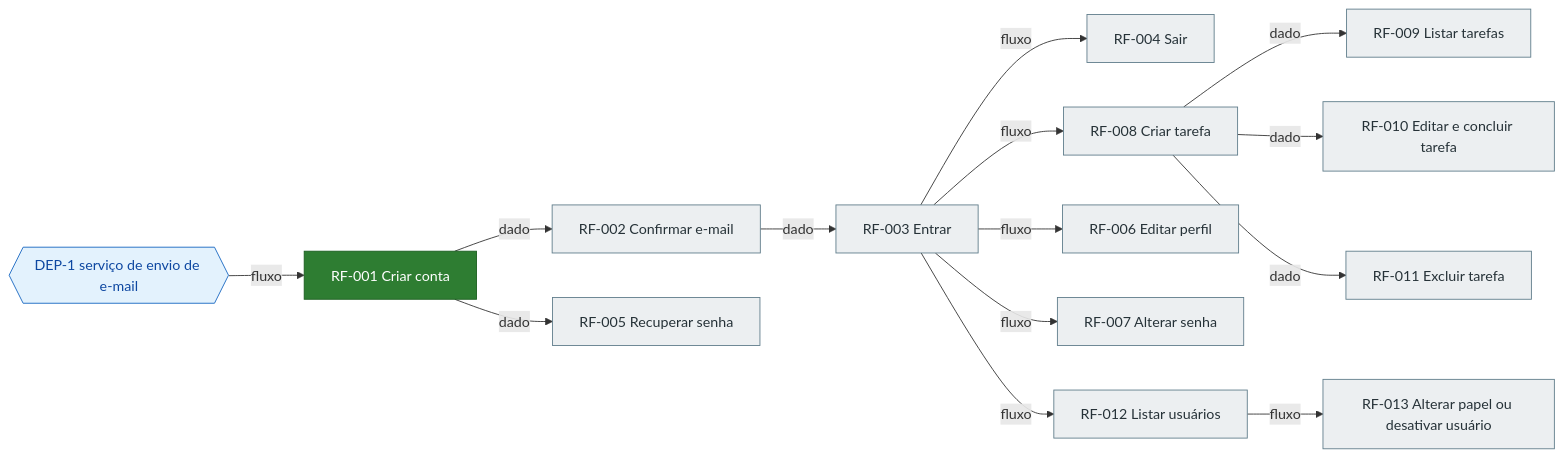
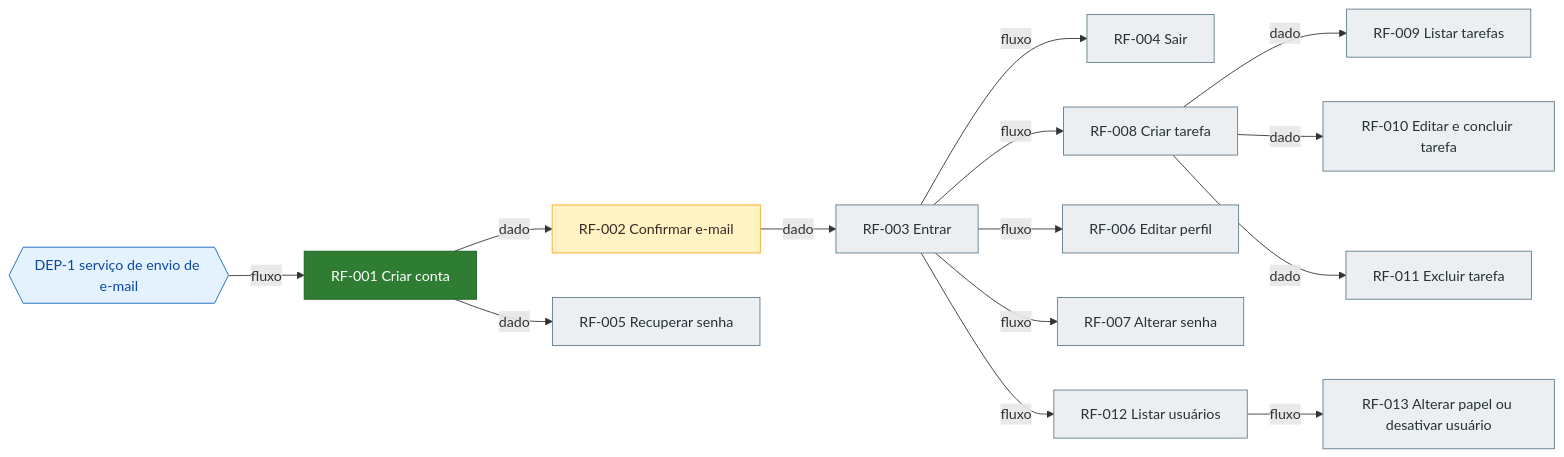
Before and after one commit to maiconsouza89/ai-template-harness-nestj-react-monorepo: the diagram in docs/product/roadmap.md, drawn with Mermaid. The commit also changed other lines of this file and 3 other files, not shown here.

````diff
--- a/docs/product/roadmap.md
+++ b/docs/product/roadmap.md
@@ -18,35 +18,35 @@
 ```mermaid
 graph LR
   DEP1{{"DEP-1 serviço de envio de e-mail"}}:::externa
   RF001["RF-001 Criar conta"]:::feito
-  RF002["RF-002 Confirmar e-mail"]:::pendente
+  RF002["RF-002 Confirmar e-mail"]:::andamento
   RF005["RF-005 Recuperar senha"]:::pendente
   RF003["RF-003 Entrar"]:::pendente
   RF004["RF-004 Sair"]:::pendente
   RF008["RF-008 Criar tarefa"]:::pendente
   RF006["RF-006 Editar perfil"]:::pendente
   RF007["RF-007 Alterar senha"]:::pendente
   RF012["RF-012 Listar usuários"]:::pendente
   RF009["RF-009 Listar tarefas"]:::pendente
   RF010["RF-010 Editar e concluir tarefa"]:::pendente
   RF011["RF-011 Excluir tarefa"]:::pendente
   RF013["RF-013 Alterar papel ou desativar usuário"]:::pendente
   DEP1 -->|fluxo| RF001
   RF001 -->|dado| RF002
   RF002 -->|dado| RF003
   RF003 -->|fluxo| RF004
   RF001 -->|dado| RF005
   RF003 -->|fluxo| RF006
   RF003 -->|fluxo| RF007
   RF003 -->|fluxo| RF008
   RF008 -->|dado| RF009
   RF008 -->|dado| RF010
   RF008 -->|dado| RF011
   RF003 -->|fluxo| RF012
   RF012 -->|fluxo| RF013
   classDef pendente fill:#eceff1,stroke:#607d8b,color:#263238
   classDef andamento fill:#fff3c4,stroke:#f9a825,color:#3e2723
   classDef feito fill:#2e7d32,stroke:#1b5e20,color:#ffffff
   classDef bloqueado fill:#c62828,stroke:#8e0000,color:#ffffff
   classDef externa fill:#e3f2fd,stroke:#1565c0,color:#0d47a1
 ```
````
